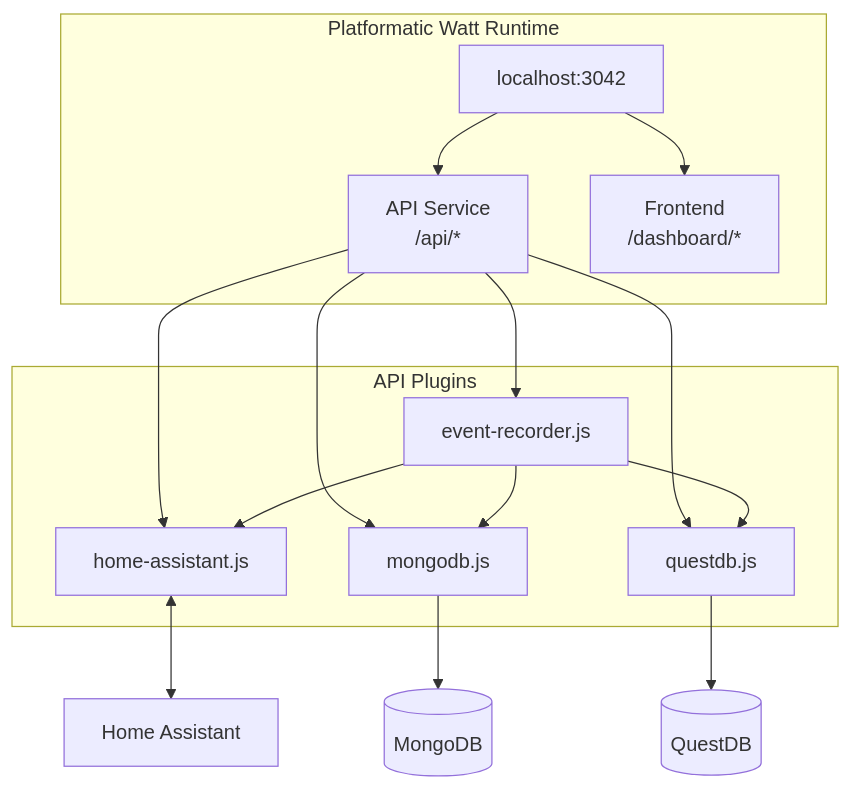
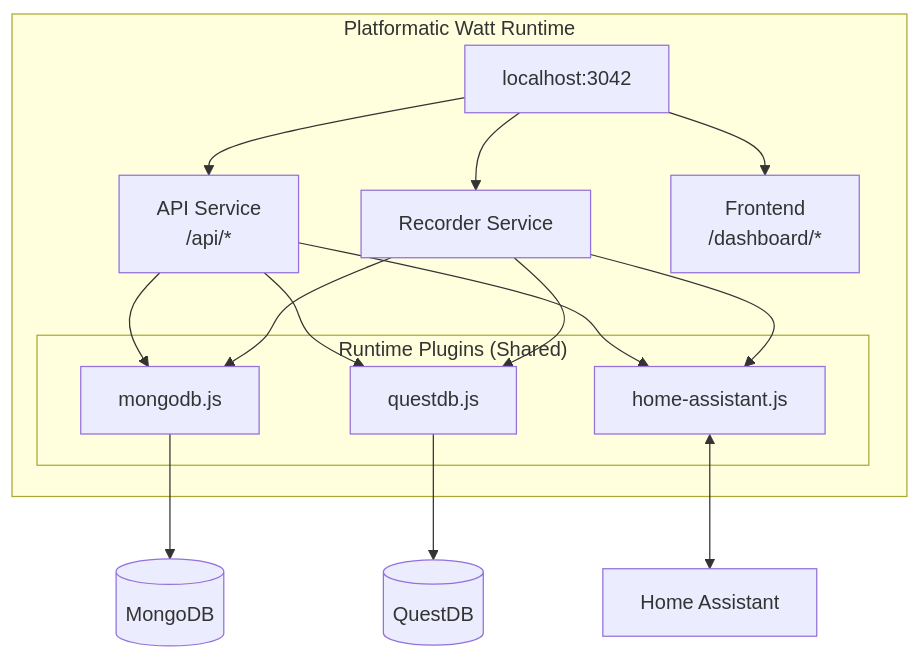
Before and after one commit to teknologist/ha-energy-analytics: the first of 2 diagrams in README.md, drawn with Mermaid. The commit also changed other lines of this file and 4 other files, not shown here.

````diff
--- a/README.md
+++ b/README.md
@@ -7,33 +7,35 @@
 ```mermaid
 flowchart TB
     subgraph Watt["Platformatic Watt Runtime"]
+        subgraph RuntimePlugins["Runtime Plugins (Shared)"]
+            Mongo["mongodb.js"]
+            QDB["questdb.js"]
+            HA["home-assistant.js"]
+        end
+
         Runtime["localhost:3042"]
         API["API Service<br/>/api/*"]
+        Recorder["Recorder Service"]
         Frontend["Frontend<br/>/dashboard/*"]
+
         Runtime --> API
+        Runtime --> Recorder
         Runtime --> Frontend
     end
 
-    subgraph Plugins["API Plugins"]
-        HA["home-assistant.js"]
-        Mongo["mongodb.js"]
-        QDB["questdb.js"]
-        Recorder["event-recorder.js"]
-    end
-
-    API --> HA
     API --> Mongo
     API --> QDB
-    API --> Recorder
+    API --> HA
+
+    Recorder --> Mongo
+    Recorder --> QDB
+    Recorder --> HA
 
     MongoDB[(MongoDB)]
     QuestDB[(QuestDB)]
     HomeAssistant[Home Assistant]
 
     Mongo --> MongoDB
     QDB --> QuestDB
     HA <--> HomeAssistant
-    Recorder --> HA
-    Recorder --> Mongo
-    Recorder --> QDB
 ```
````
